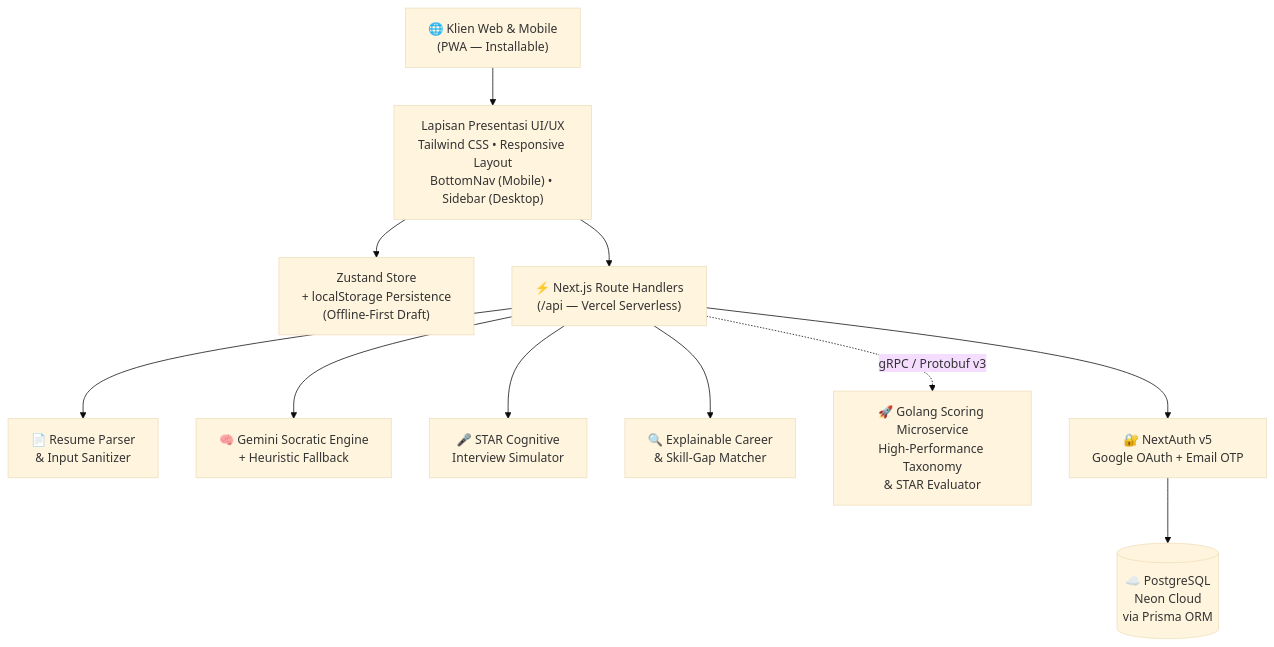
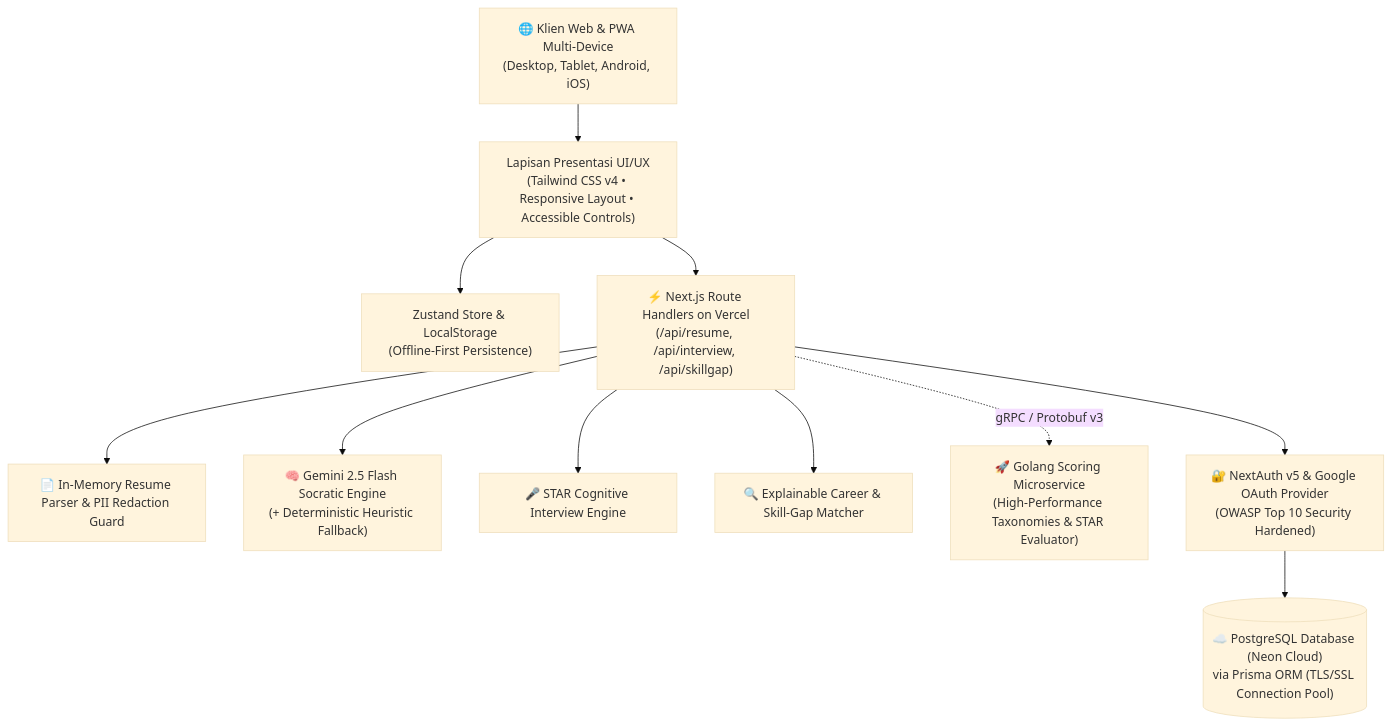
The second of 3 diagrams in PROPOSAL_GDI_FEST_2026.md (rikiardiansyah-web/CareerStudentAI), drawn with Mermaid (base theme) before and after one commit. The commit also changed other lines of this file and 4 other files, not shown here.

````diff
--- a/PROPOSAL_GDI_FEST_2026.md
+++ b/PROPOSAL_GDI_FEST_2026.md
@@ -226,17 +212,17 @@
 ```mermaid
 graph TD
-    Client["🌐 Klien Web & Mobile\n(PWA — Installable)"] --> UI["Lapisan Presentasi UI/UX\nTailwind CSS • Responsive Layout\nBottomNav (Mobile) • Sidebar (Desktop)"]
-    UI --> Store["Zustand Store\n+ localStorage Persistence\n(Offline-First Draft)"]
+    Client["🌐 Klien Web & PWA Multi-Device\n(Desktop, Tablet, Android, iOS)"] --> UI["Lapisan Presentasi UI/UX\n(Tailwind CSS v4 • Responsive Layout • Accessible Controls)"]
+    UI --> Store["Zustand Store & LocalStorage\n(Offline-First Persistence)"]
 
-    UI --> NextAPI["⚡ Next.js Route Handlers\n(/api — Vercel Serverless)"]
-    
-    NextAPI --> ParserEngine["📄 Resume Parser\n& Input Sanitizer"]
-    NextAPI --> SocraticEngine["🧠 Gemini Socratic Engine\n+ Heuristic Fallback"]
-    NextAPI --> InterviewEngine["🎤 STAR Cognitive\nInterview Simulator"]
-    NextAPI --> MatcherEngine["🔍 Explainable Career\n& Skill-Gap Matcher"]
+    UI --> EdgeAPI["⚡ Next.js Route Handlers on Vercel\n(/api/resume, /api/interview, /api/skillgap)"]
 
-    NextAPI -.->|"gRPC / Protobuf v3"| GoService["🚀 Golang Scoring Microservice\nHigh-Performance Taxonomy\n& STAR Evaluator"]
+    EdgeAPI --> Parser["📄 In-Memory Resume Parser & PII Redaction Guard"]
+    EdgeAPI --> GeminiAI["🧠 Gemini 2.5 Flash Socratic Engine\n(+ Deterministic Heuristic Fallback)"]
+    EdgeAPI --> STARSim["🎤 STAR Cognitive Interview Engine"]
+    EdgeAPI --> XAIMatch["🔍 Explainable Career & Skill-Gap Matcher"]
 
-    NextAPI --> NextAuth["🔐 NextAuth v5\nGoogle OAuth + Email OTP"]
-    NextAuth --> CloudDB[("☁️ PostgreSQL\nNeon Cloud\nvia Prisma ORM")]
+    EdgeAPI -.->|"gRPC / Protobuf v3"| GoEngine["🚀 Golang Scoring Microservice\n(High-Performance Taxonomies & STAR Evaluator)"]
+
+    EdgeAPI --> AuthSecurity["🔐 NextAuth v5 & Google OAuth Provider\n(OWASP Top 10 Security Hardened)"]
+    AuthSecurity --> CloudDB[("☁️ PostgreSQL Database (Neon Cloud)\nvia Prisma ORM (TLS/SSL Connection Pool)")]
 ```
````
